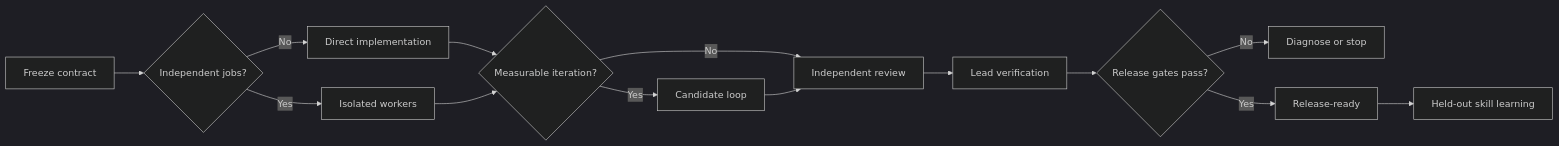
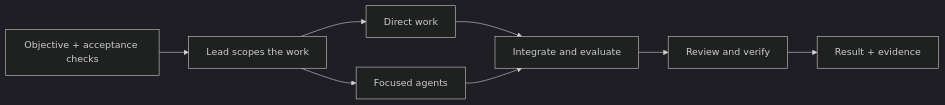
One commit to byensitmagnus/agent-mission-control changed the diagram in README.md. Above: the diagram before and after it, drawn with Mermaid (dark theme). The commit also changed other lines of this file and 1 other file, not shown here.

Commit message:
docs: introduce AMC with a polished cover, onboarding and evidence

````diff
--- a/README.md
+++ b/README.md
@@ -25,16 +49,10 @@
 ```mermaid
 flowchart LR
-    A[Freeze contract] --> B{Independent jobs?}
-    B -->|No| C[Direct implementation]
-    B -->|Yes| D[Isolated workers]
-    C --> E{Measurable iteration?}
+    A["Objective + acceptance checks"] --> B["Lead scopes the work"]
+    B --> C["Direct work"]
+    B --> D["Focused agents"]
+    C --> E["Integrate and evaluate"]
     D --> E
-    E -->|No| F[Independent review]
-    E -->|Yes| G[Candidate loop]
-    G --> F
-    F --> H[Lead verification]
-    H --> I{Release gates pass?}
-    I -->|No| J[Diagnose or stop]
-    I -->|Yes| K[Release-ready]
-    K --> L[Held-out skill learning]
+    E --> F["Review and verify"]
+    F --> G["Result + evidence"]
 ```
````
